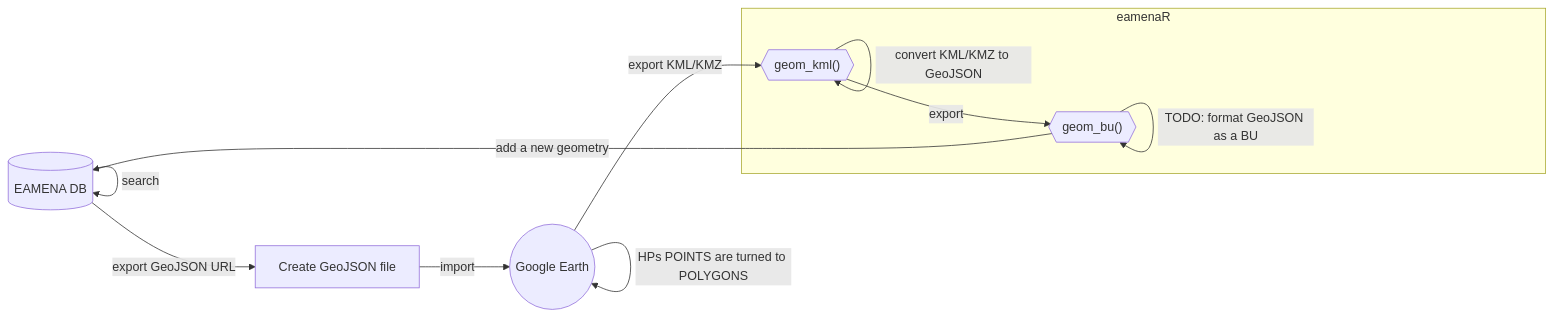
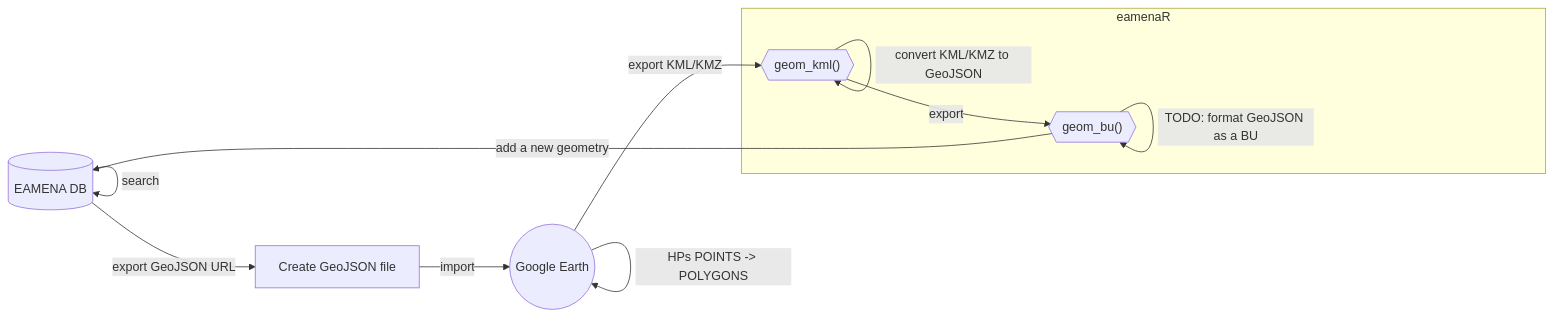
The diagram in data/kml/README.md (eamena-project/eamena-arches-dev), drawn with Mermaid before and after one commit.

Commit message:
geom_kml diagram

````diff
--- a/data/kml/README.md
+++ b/data/kml/README.md
@@ -3,14 +3,14 @@
 ```mermaid
 flowchart LR
     A[(EAMENA DB)] --search--> A;
     A --export GeoJSON URL--> B[Create GeoJSON file];
     B --import--> C((Google Earth));
-    C --"HPs POINTS are turned to POLYGONS"--> C;
+    C --"HPs POINTS -> POLYGONS"--> C;
     C --export KML/KMZ--> D{{"geom_kml()"}}; 
     subgraph eamenaR
     D --"convert KML/KMZ to GeoJSON"--> D;
     D --export--> E{{"geom_bu()"}};
     E --"TODO: format GeoJSON as a BU"--> E
     end
     E --add a new geometry-->A;
 ```
````
